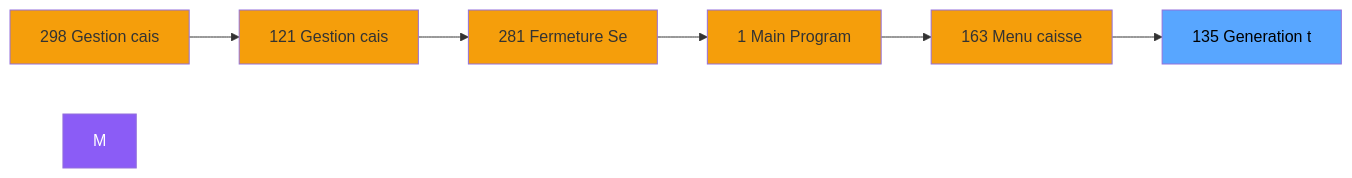
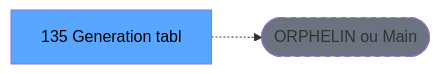
The second of 3 diagrams in .openspec/specs/ADH-IDE-135.md (thonyAGP/lecteur-magic), drawn with Mermaid before and after one commit. The commit also changed other lines of this file and 701 other files, not shown here.

````diff
--- a/.openspec/specs/ADH-IDE-135.md
+++ b/.openspec/specs/ADH-IDE-135.md
@@ -125,21 +118,8 @@
 ```mermaid
 graph LR
-    N298[298 Gestion cais]
-    N121[121 Gestion cais]
-    N281[281 Fermeture Se]
-    N1[1 Main Program]
-    N163[163 Menu caisse ]
-    T[135 Generation t]
-    N298 --> N121
-    N121 --> N281
-    N281 --> N1
-    N1 --> N163
-    N163 --> T
-    style M fill:#8b5cf6,color:#fff
-    style N298 fill:#f59e0b
-    style N121 fill:#f59e0b
-    style N281 fill:#f59e0b
-    style N1 fill:#f59e0b
-    style N163 fill:#f59e0b
+    T[135 Generation tabl]
+    ORPHAN([ORPHELIN ou Main])
+    T -.-> ORPHAN
     style T fill:#58a6ff,color:#000
+    style ORPHAN fill:#6b7280,stroke-dasharray: 5 5
 ```
````
